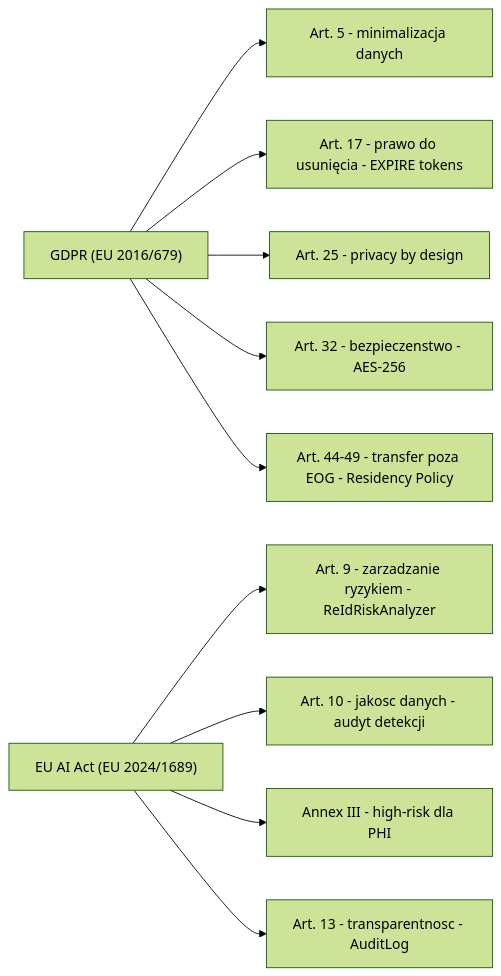
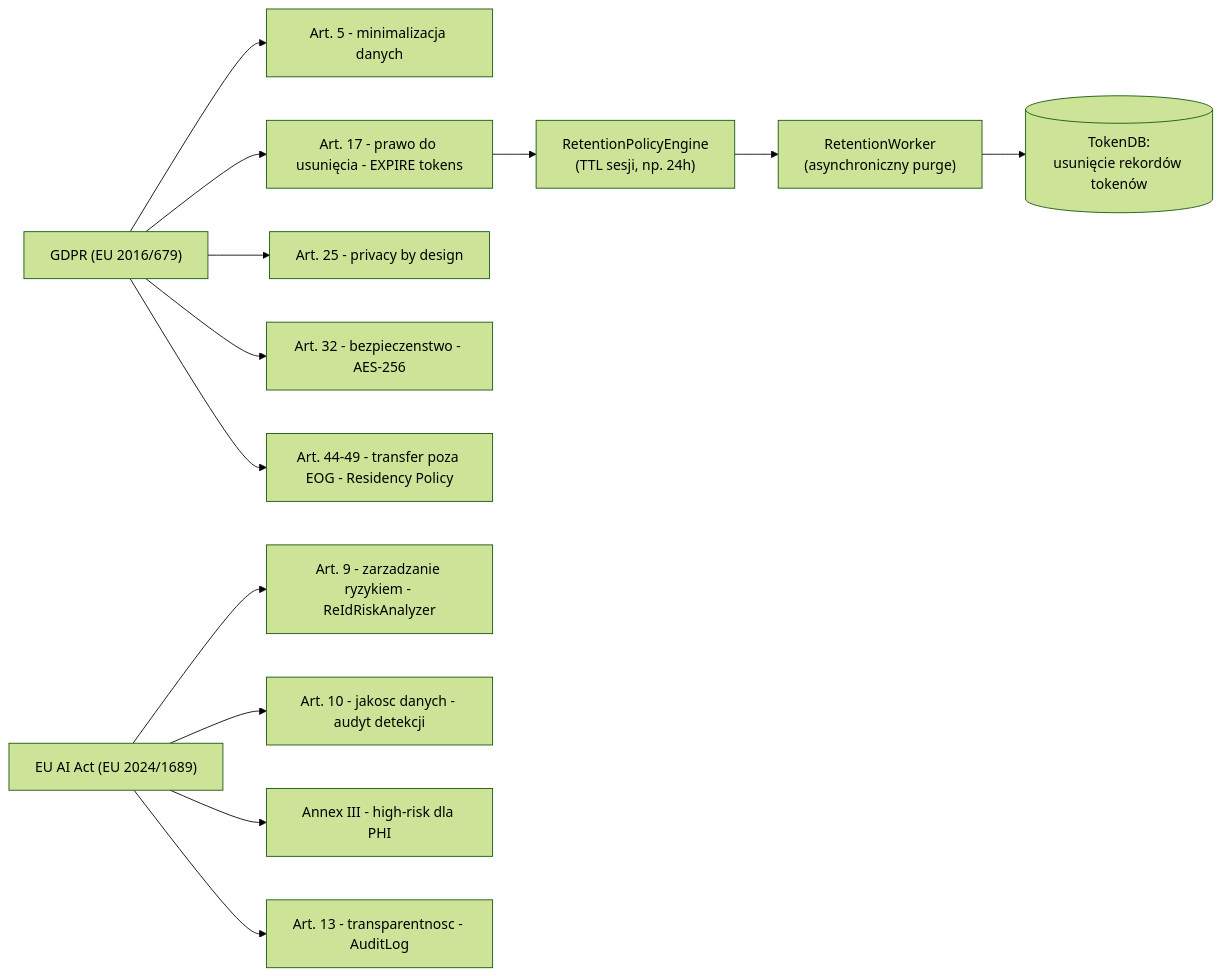
One commit to gniewekk/Privacy-Preserving-Context-Pipeline-for-LLMs-DP changed diagram 14 of 14 in ARCHITECTURE.md. Above: the diagram before and after it, drawn with Mermaid (forest theme). The commit also changed other lines of this file, not shown here.

Commit message:
architecture changed

````diff
--- a/ARCHITECTURE.md
+++ b/ARCHITECTURE.md
@@ -681,13 +706,16 @@
 ```mermaid
 flowchart LR
     GDPR["GDPR (EU 2016/679)"] --> A1["Art. 5 - minimalizacja danych"]
     GDPR --> A2["Art. 17 - prawo do usunięcia - EXPIRE tokens"]
     GDPR --> A3["Art. 25 - privacy by design"]
     GDPR --> A4["Art. 32 - bezpieczenstwo - AES-256"]
     GDPR --> A5["Art. 44-49 - transfer poza EOG - Residency Policy"]
+    A2 --> RetPolicy["RetentionPolicyEngine\n(TTL sesji, np. 24h)"]
+    RetPolicy --> RetWorker["RetentionWorker\n(asynchroniczny purge)"]
+    RetWorker --> TokenDB[("TokenDB:\nusunięcie rekordów tokenów")]
 
     EUAIA["EU AI Act (EU 2024/1689)"] --> B1["Art. 9 - zarzadzanie ryzykiem - ReIdRiskAnalyzer"]
     EUAIA --> B2["Art. 10 - jakosc danych - audyt detekcji"]
     EUAIA --> B3["Annex III - high-risk dla PHI"]
     EUAIA --> B4["Art. 13 - transparentnosc - AuditLog"]
 ```
````
